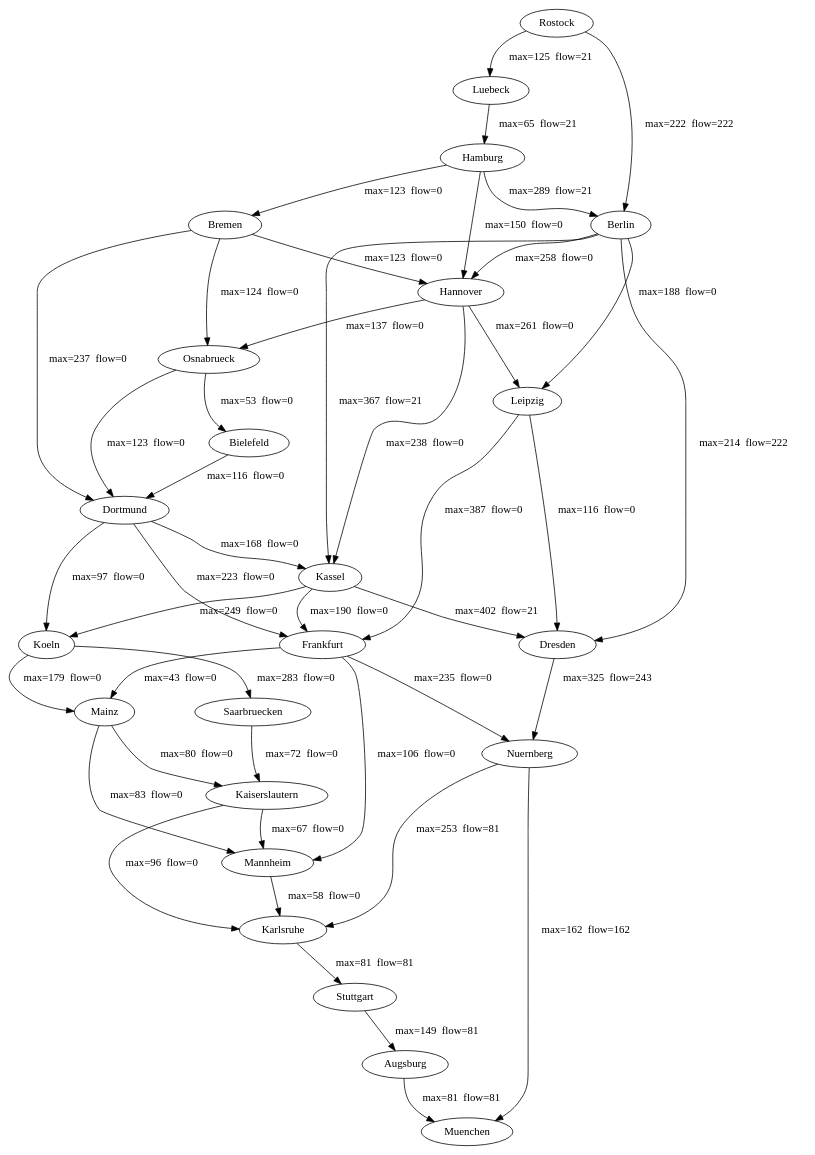
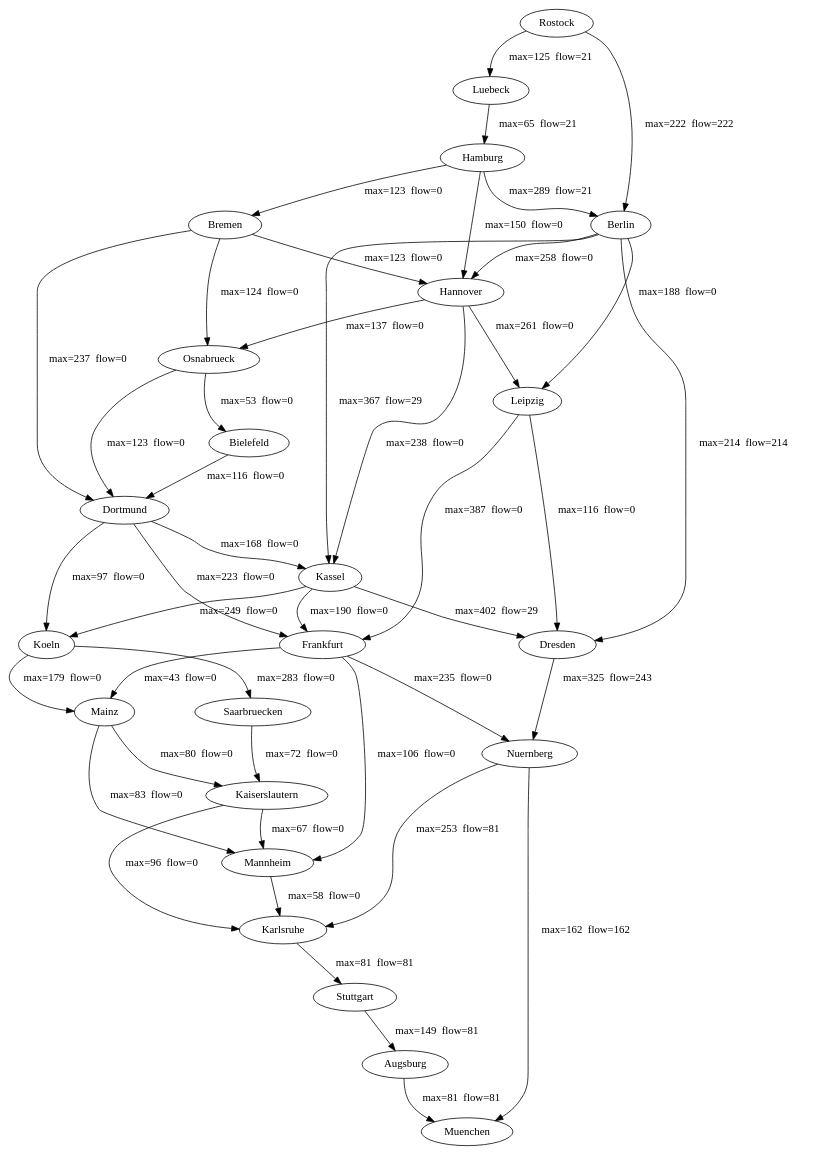
Before and after one commit to MaxPower9001/B-AI3GKAP: the diagram in graph08_e.dot, drawn with Graphviz. The commit also changed 8 other files, not shown here.

```diff
--- a/graph08_e.dot
+++ b/graph08_e.dot
@@ -1,70 +1,70 @@
 digraph graph08_e
 {
 Augsburg
 Muenchen
 Berlin
 Dresden
 Hannover
 Kassel
 Leipzig
 Bielefeld
 Dortmund
 Bremen
 Osnabrueck
 Frankfurt
 Koeln
 Nuernberg
 Mainz
 Mannheim
 Hamburg
 Kaiserslautern
 Karlsruhe
 Stuttgart
 Saarbruecken
 Luebeck
 Rostock
 Augsburg -> Muenchen [label="max=81  flow=81  "]
-Berlin -> Dresden [label="max=214  flow=222  "]
+Berlin -> Dresden [label="max=214  flow=214  "]
 Berlin -> Hannover [label="max=258  flow=0  "]
-Berlin -> Kassel [label="max=367  flow=21  "]
+Berlin -> Kassel [label="max=367  flow=29  "]
 Berlin -> Leipzig [label="max=188  flow=0  "]
 Dresden -> Nuernberg [label="max=325  flow=243  "]
 Hannover -> Kassel [label="max=238  flow=0  "]
 Hannover -> Leipzig [label="max=261  flow=0  "]
 Hannover -> Osnabrueck [label="max=137  flow=0  "]
-Kassel -> Dresden [label="max=402  flow=21  "]
+Kassel -> Dresden [label="max=402  flow=29  "]
 Kassel -> Frankfurt [label="max=190  flow=0  "]
 Kassel -> Koeln [label="max=249  flow=0  "]
 Leipzig -> Dresden [label="max=116  flow=0  "]
 Leipzig -> Frankfurt [label="max=387  flow=0  "]
 Bielefeld -> Dortmund [label="max=116  flow=0  "]
 Dortmund -> Kassel [label="max=168  flow=0  "]
 Dortmund -> Frankfurt [label="max=223  flow=0  "]
 Dortmund -> Koeln [label="max=97  flow=0  "]
 Bremen -> Hannover [label="max=123  flow=0  "]
 Bremen -> Dortmund [label="max=237  flow=0  "]
 Bremen -> Osnabrueck [label="max=124  flow=0  "]
 Osnabrueck -> Bielefeld [label="max=53  flow=0  "]
 Osnabrueck -> Dortmund [label="max=123  flow=0  "]
 Frankfurt -> Nuernberg [label="max=235  flow=0  "]
 Frankfurt -> Mainz [label="max=43  flow=0  "]
 Frankfurt -> Mannheim [label="max=106  flow=0  "]
 Koeln -> Mainz [label="max=179  flow=0  "]
 Koeln -> Saarbruecken [label="max=283  flow=0  "]
 Nuernberg -> Muenchen [label="max=162  flow=162  "]
 Nuernberg -> Karlsruhe [label="max=253  flow=81  "]
 Mainz -> Mannheim [label="max=83  flow=0  "]
 Mainz -> Kaiserslautern [label="max=80  flow=0  "]
 Mannheim -> Karlsruhe [label="max=58  flow=0  "]
 Hamburg -> Berlin [label="max=289  flow=21  "]
 Hamburg -> Hannover [label="max=150  flow=0  "]
 Hamburg -> Bremen [label="max=123  flow=0  "]
 Kaiserslautern -> Mannheim [label="max=67  flow=0  "]
 Kaiserslautern -> Karlsruhe [label="max=96  flow=0  "]
 Karlsruhe -> Stuttgart [label="max=81  flow=81  "]
 Stuttgart -> Augsburg [label="max=149  flow=81  "]
 Saarbruecken -> Kaiserslautern [label="max=72  flow=0  "]
 Luebeck -> Hamburg [label="max=65  flow=21  "]
 Rostock -> Berlin [label="max=222  flow=222  "]
 Rostock -> Luebeck [label="max=125  flow=21  "]
 }
```
